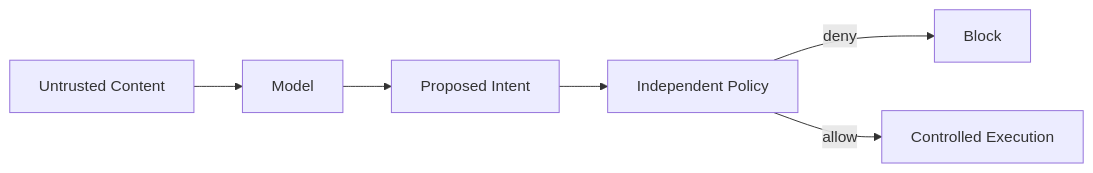
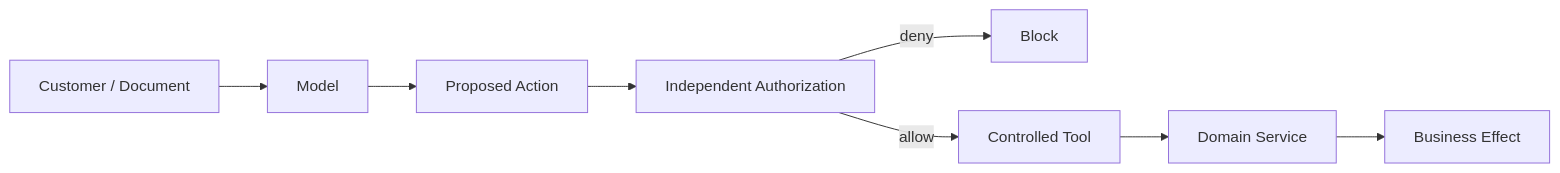
The second of 3 diagrams in docs/security/threat-model.md (D-engahmed/OMILINKS), drawn with Mermaid before and after one commit. The commit also changed other lines of this file and 4 other files, not shown here.

```diff
--- a/docs/security/threat-model.md
+++ b/docs/security/threat-model.md
@@ -73,8 +81,10 @@
 ~~~mermaid
 flowchart LR
-INPUT[Untrusted Content] --> MODEL[Model]
-MODEL --> INTENT[Proposed Intent]
-INTENT --> POLICY[Independent Policy]
-POLICY -->|deny| BLOCK[Block]
-POLICY -->|allow| EXEC[Controlled Execution]
+INPUT[Customer / Document] --> MODEL[Model]
+MODEL --> PROPOSAL[Proposed Action]
+PROPOSAL --> AUTHZ[Independent Authorization]
+AUTHZ -->|deny| BLOCK[Block]
+AUTHZ -->|allow| TOOL[Controlled Tool]
+TOOL --> DOMAIN[Domain Service]
+DOMAIN --> EFFECT[Business Effect]
 ~~~
```
